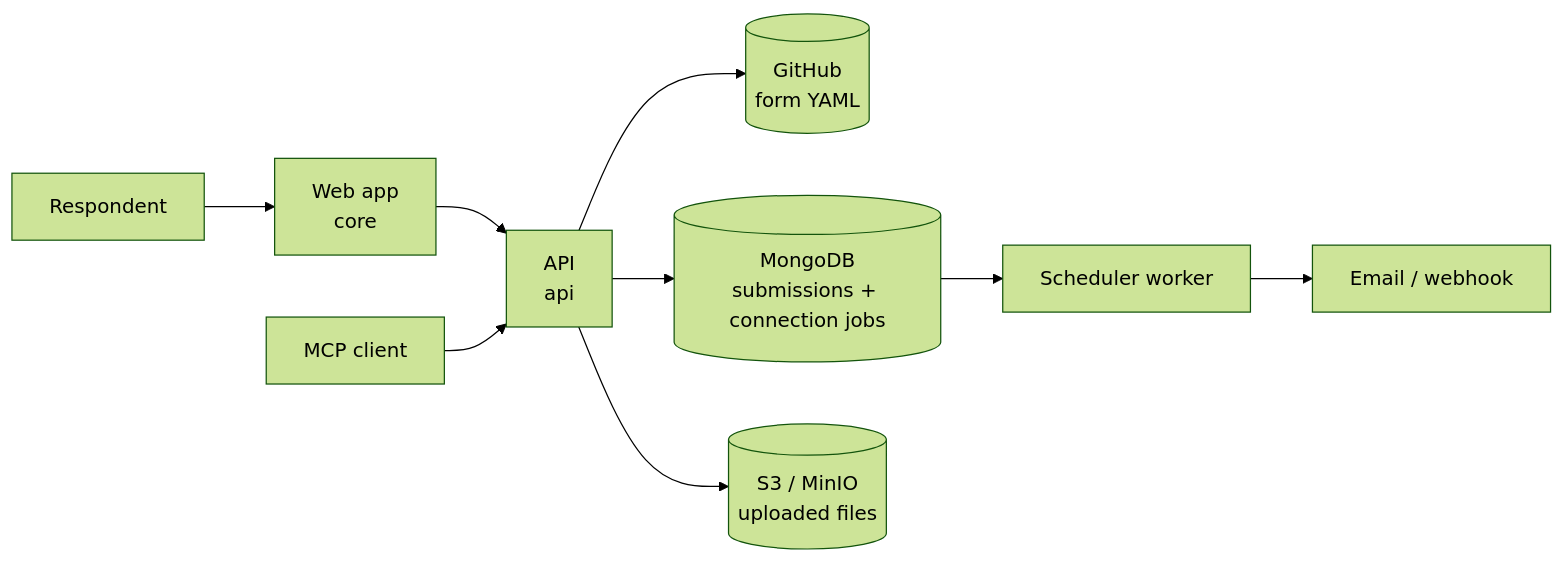
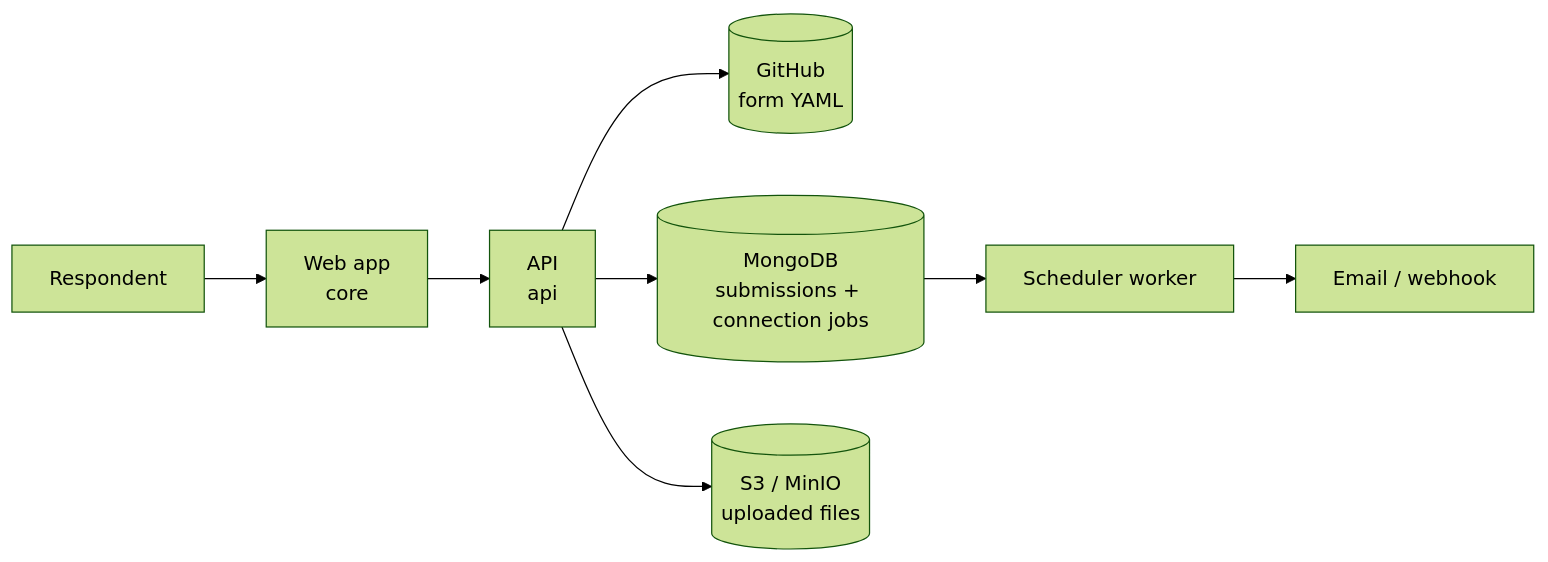
The diagram in README.md (declarativeforms/core), drawn with Mermaid (forest theme) before and after one commit. The commit also changed other lines of this file and 27 other files, not shown here.

````diff
--- a/README.md
+++ b/README.md
@@ -360,11 +349,10 @@
 ```mermaid
 flowchart LR
   A[Respondent] --> B[Web app<br/>core]
   B --> C[API<br/>api]
-  I[MCP client] --> C
   C --> D[(GitHub<br/>form YAML)]
   C --> E[(MongoDB<br/>submissions + connection jobs)]
   C --> F[(S3 / MinIO<br/>uploaded files)]
   E --> G[Scheduler worker]
   G --> H[Email / webhook]
 ```
````
